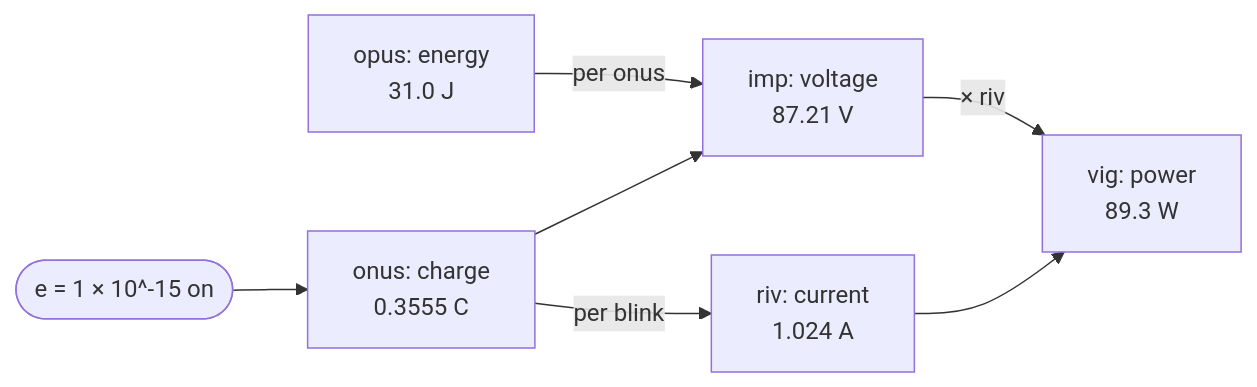
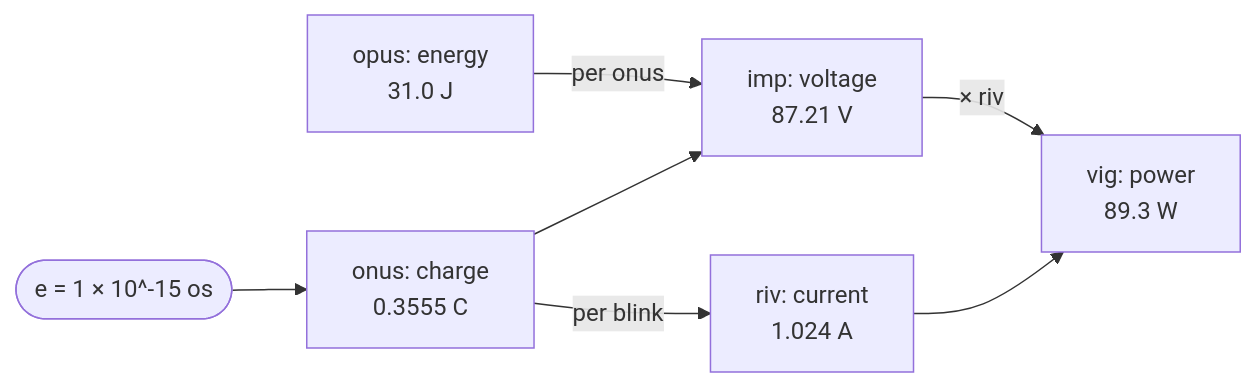
One commit to rdmarsh/paludal changed the fourth of 4 diagrams in ideas.md. Above: the diagram before and after it, drawn with Mermaid. The commit also changed other lines of this file and 2 other files, not shown here.

````diff
--- a/ideas.md
+++ b/ideas.md
@@ -706,9 +626,9 @@
 ```mermaid
 flowchart LR
-  e(["e = 1 × 10^-15 on"]) --> on["onus: charge<br>0.3555 C"]
-  on -->|"per blink"| ri["riv: current<br>1.024 A"]
+  e(["e = 1 × 10^-15 os"]) --> os["onus: charge<br>0.3555 C"]
+  os -->|"per blink"| ri["riv: current<br>1.024 A"]
   op["opus: energy<br>31.0 J"] -->|"per onus"| im["imp: voltage<br>87.21 V"]
-  on --> im
+  os --> im
   im -->|"× riv"| vg["vig: power<br>89.3 W"]
   ri --> vg
 ```
````
